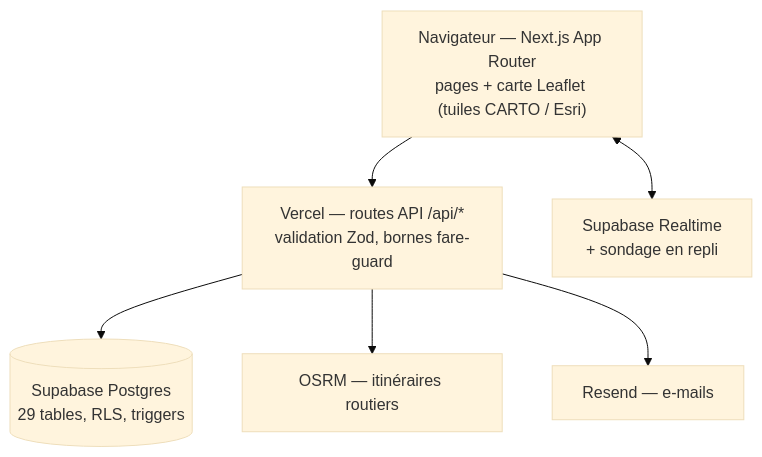
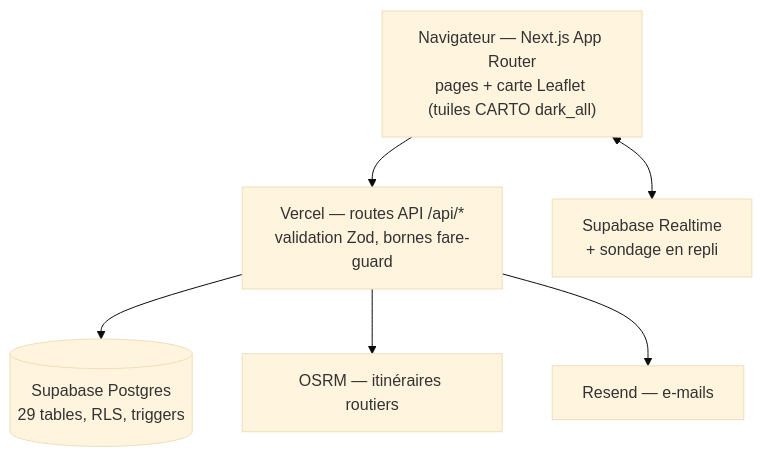
One commit to BVDMANN/Stacks-Drive changed the first of 2 diagrams in README.md. Above: the diagram before and after it, drawn with Mermaid (base theme). The commit also changed other lines of this file and 158 other files, not shown here.

````diff
--- a/README.md
+++ b/README.md
@@ -57,13 +57,13 @@
 ```mermaid
 flowchart TB
-    UI["Navigateur — Next.js App Router<br/>pages + carte Leaflet (tuiles CARTO / Esri)"]
+    UI["Navigateur — Next.js App Router<br/>pages + carte Leaflet (tuiles CARTO dark_all)"]
     API["Vercel — routes API /api/*<br/>validation Zod, bornes fare-guard"]
     PG[("Supabase Postgres<br/>29 tables, RLS, triggers")]
     RT["Supabase Realtime<br/>+ sondage en repli"]
     OSRM["OSRM — itinéraires routiers"]
     RESEND["Resend — e-mails"]
     UI --> API --> PG
     UI <--> RT
     API --> OSRM
     API --> RESEND
 ```
````
